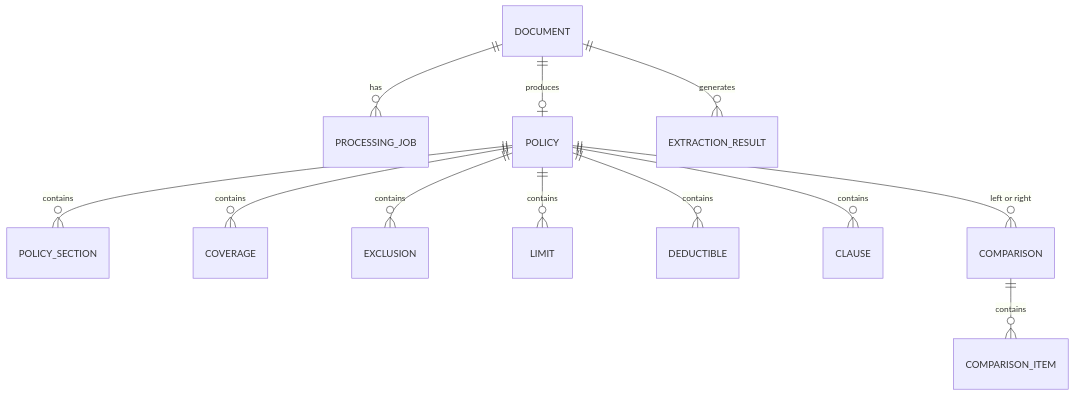
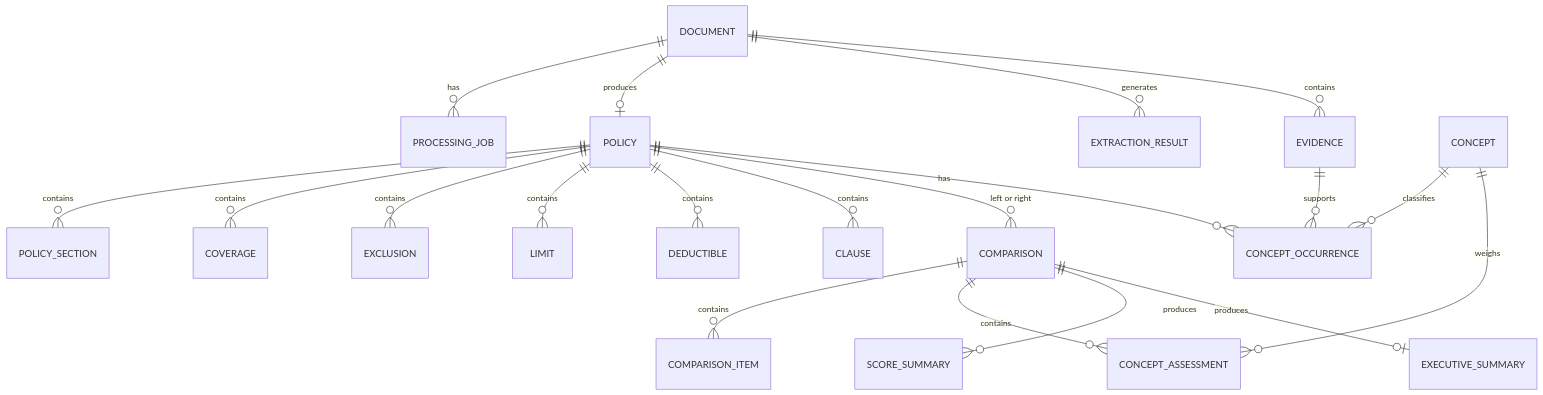
Before and after one commit to SantanaYure/ClauseAI: the diagram in docs/architecture/DOMAIN_MODEL.md, drawn with Mermaid. The commit also changed other lines of this file and 14 other files, not shown here.

````diff
--- a/docs/architecture/DOMAIN_MODEL.md
+++ b/docs/architecture/DOMAIN_MODEL.md
@@ -114,14 +155,22 @@
 ```mermaid
 erDiagram
     DOCUMENT ||--o{ PROCESSING_JOB : has
     DOCUMENT ||--o| POLICY : produces
     POLICY ||--o{ POLICY_SECTION : contains
     POLICY ||--o{ COVERAGE : contains
     POLICY ||--o{ EXCLUSION : contains
     POLICY ||--o{ LIMIT : contains
     POLICY ||--o{ DEDUCTIBLE : contains
     POLICY ||--o{ CLAUSE : contains
     POLICY ||--o{ COMPARISON : "left or right"
     COMPARISON ||--o{ COMPARISON_ITEM : contains
     DOCUMENT ||--o{ EXTRACTION_RESULT : generates
+    DOCUMENT ||--o{ EVIDENCE : contains
+    POLICY ||--o{ CONCEPT_OCCURRENCE : has
+    CONCEPT ||--o{ CONCEPT_OCCURRENCE : classifies
+    EVIDENCE ||--o{ CONCEPT_OCCURRENCE : supports
+    COMPARISON ||--o{ CONCEPT_ASSESSMENT : contains
+    CONCEPT ||--o{ CONCEPT_ASSESSMENT : weighs
+    COMPARISON ||--o{ SCORE_SUMMARY : produces
+    COMPARISON ||--o| EXECUTIVE_SUMMARY : produces
 ```
````
